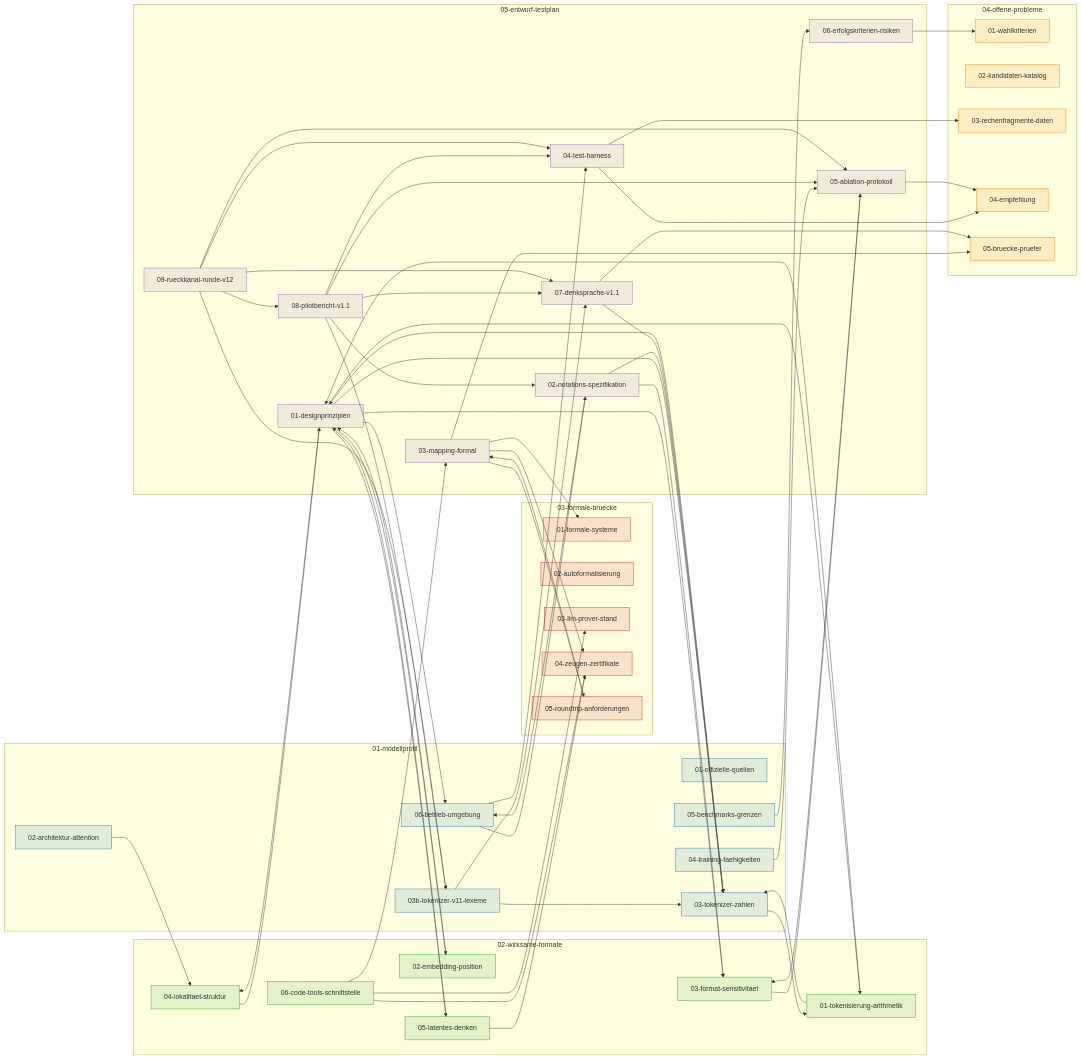
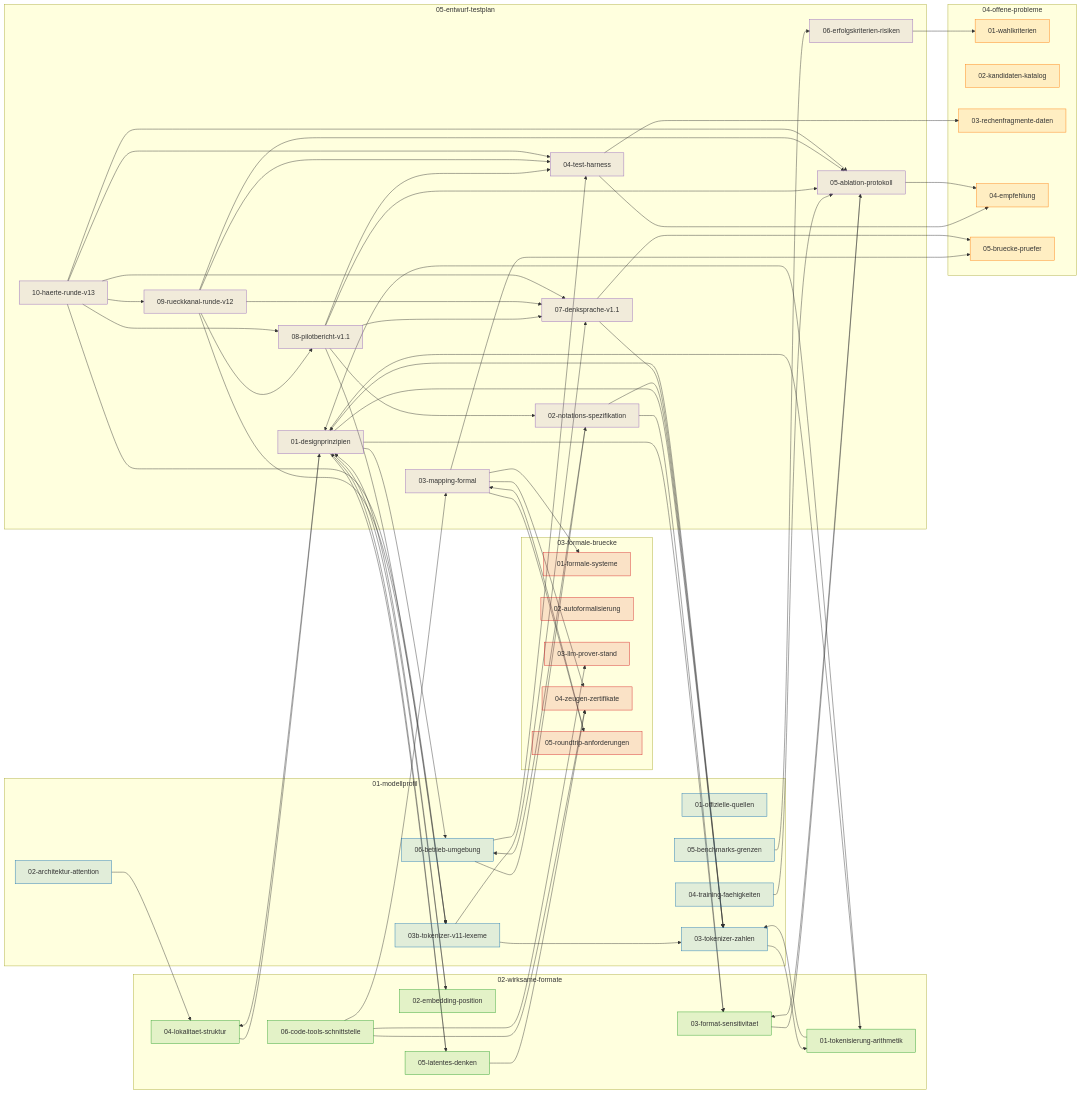
The diagram in yesdocs/deepseek-math-notation/wiki/INDEX.md (carsteneu/proofboy), drawn with Mermaid before and after one commit. The commit also changed other lines of this file and 3 other files, not shown here.

````diff
--- a/yesdocs/deepseek-math-notation/wiki/INDEX.md
+++ b/yesdocs/deepseek-math-notation/wiki/INDEX.md
@@ -73,6 +74,7 @@
     F0507[07-denksprache-v1.1]
     F0508[08-pilotbericht-v1.1]
     F0509[09-rueckkanal-runde-v12]
+    F0510[10-haerte-runde-v13]
   end
   F0102 --> F0204
   F0103 --> F0201
@@ -125,6 +127,12 @@
   F0509 --> F0505
   F0509 --> F0504
   F0509 --> F0103B
+  F0510 --> F0509
+  F0510 --> F0508
+  F0510 --> F0507
+  F0510 --> F0505
+  F0510 --> F0504
+  F0510 --> F0103B
   classDef C01 fill:#1f77b422,stroke:#1f77b4,stroke-width:1px
   classDef C02 fill:#2ca02c22,stroke:#2ca02c,stroke-width:1px
   classDef C03 fill:#d6272822,stroke:#d62728,stroke-width:1px
@@ -134,5 +142,5 @@
   class F0201,F0202,F0203,F0204,F0205,F0206 C02
   class F0301,F0302,F0303,F0304,F0305 C03
   class F0401,F0402,F0403,F0404,F0405 C04
-  class F0501,F0502,F0503,F0504,F0505,F0506,F0507,F0508,F0509 C05
+  class F0501,F0502,F0503,F0504,F0505,F0506,F0507,F0508,F0509,F0510 C05
 ```
````
